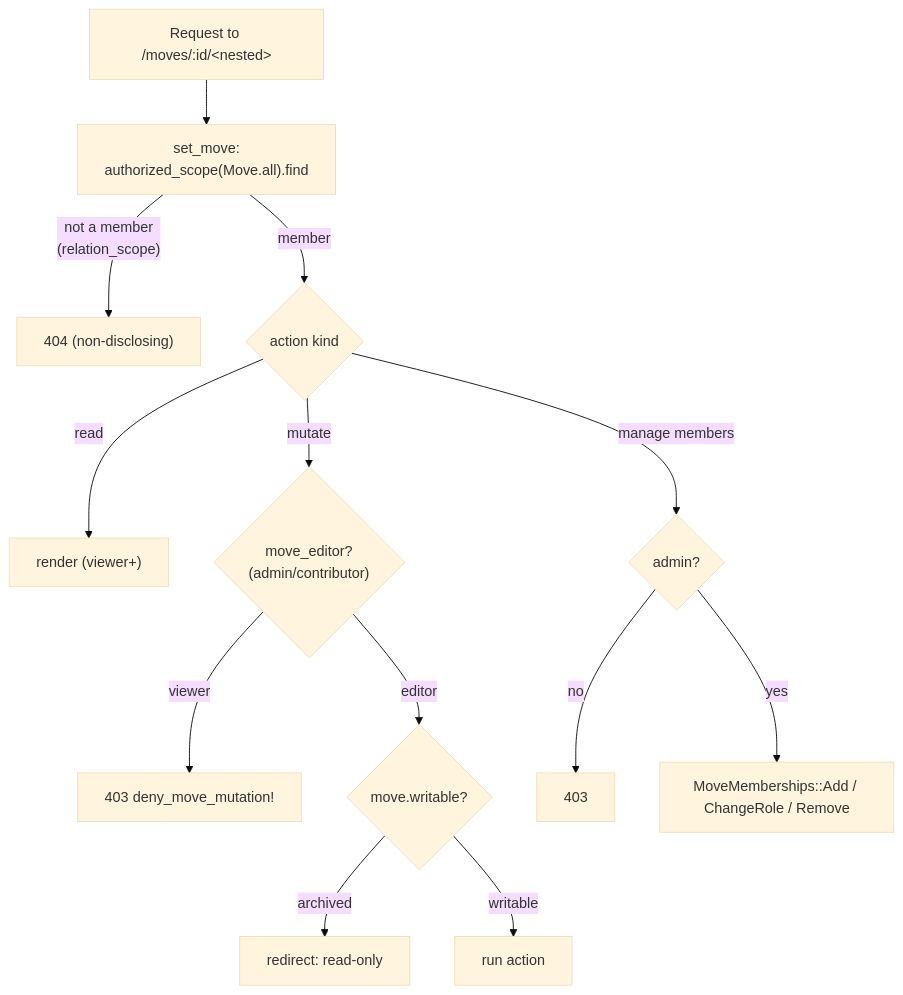
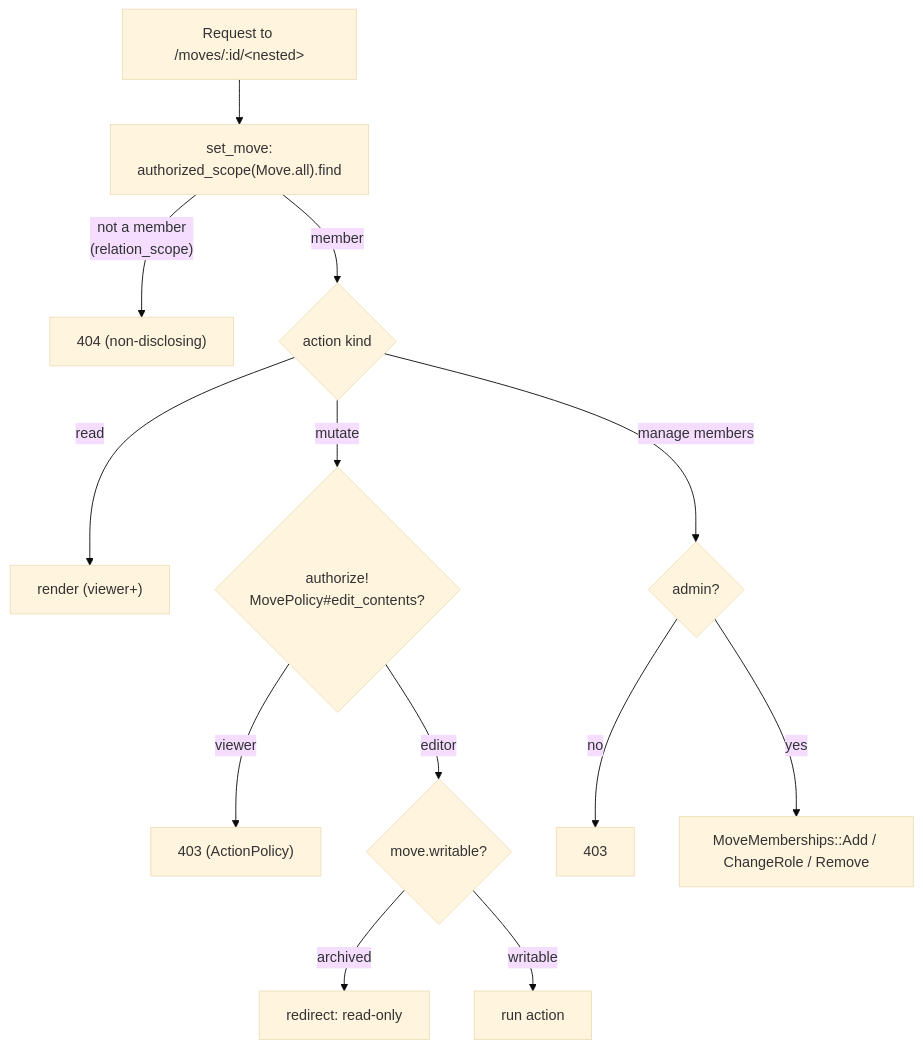
Before and after one commit to joel/move: the fifth of 6 diagrams in doc/project/architecture.md, drawn with Mermaid (base theme). The commit also changed other lines of this file and 10 other files, not shown here.

First line of the commit message:
#93 Move the viewer-mutation gate into ActionPolicy

````diff
--- a/doc/project/architecture.md
+++ b/doc/project/architecture.md
@@ -165,15 +168,15 @@
 ```mermaid
 flowchart TD
   R["Request to /moves/:id/&lt;nested&gt;"] --> SM["set_move:<br/>authorized_scope(Move.all).find"]
   SM -->|"not a member<br/>(relation_scope)"| NF["404 (non-disclosing)"]
   SM -->|"member"| ACT{action kind}
   ACT -->|read| OK["render (viewer+)"]
-  ACT -->|mutate| ED{"move_editor?<br/>(admin/contributor)"}
-  ED -->|viewer| F403["403 deny_move_mutation!"]
+  ACT -->|mutate| ED{"authorize!<br/>MovePolicy#edit_contents?"}
+  ED -->|viewer| F403["403 (ActionPolicy)"]
   ED -->|editor| WR{"move.writable?"}
   WR -->|archived| RO["redirect: read-only"]
   WR -->|writable| OK2["run action"]
   ACT -->|manage members| AD{"admin?"}
   AD -->|no| F403b["403"]
   AD -->|yes| OK3["MoveMemberships::Add / ChangeRole / Remove"]
 ```
````
